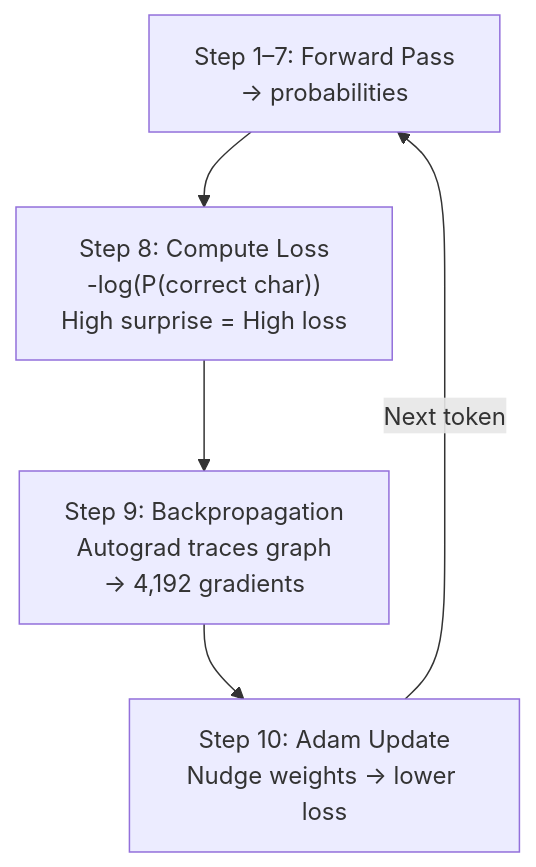
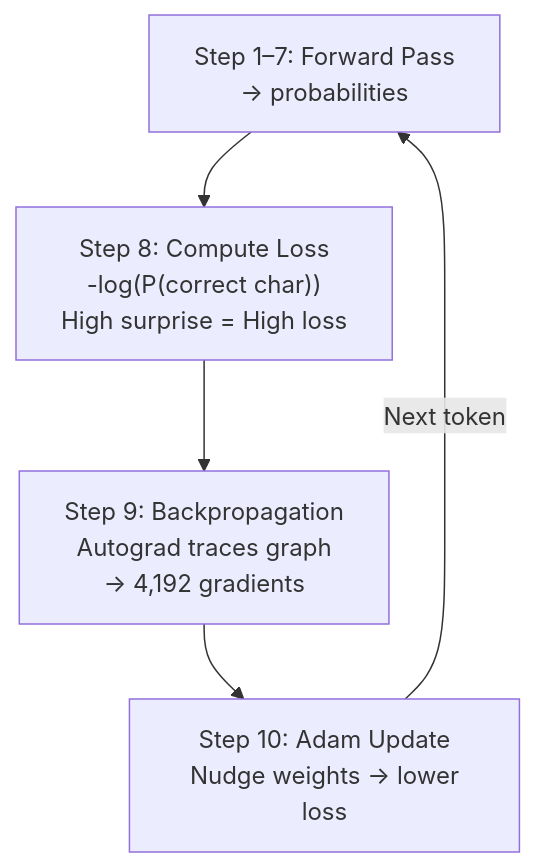
The ninth of 12 diagrams in AI-ML/microGPT-Architecture-Complete.md (rsrini7/Learnings), drawn with Mermaid before and after one commit. The commit also changed other lines of this file, not shown here.

First line of the commit message:
docs: update microGPT architecture documentation formatting and details

````diff
--- a/AI-ML/microGPT-Architecture-Complete.md
+++ b/AI-ML/microGPT-Architecture-Complete.md
@@ -289,7 +305,7 @@
 ```mermaid
 flowchart TD
-    A["Step 1–7: Forward Pass<br/>→ probabilities"] --> L["Step 8: Compute Loss<br/>-log(P(correct char))<br/>High surprise = High loss"]
-    L --> B["Step 9: Backpropagation<br/>Autograd traces graph<br/>→ 4,192 gradients"]
-    B --> O["Step 10: Adam Update<br/>Nudge weights → lower loss"]
+    A["Step 1–7: Forward Pass<br/> → probabilities"] --> L["Step 8: Compute Loss<br/> -log(P(correct char))<br/> High surprise = High loss"]
+    L --> B["Step 9: Backpropagation<br/> Autograd traces graph<br/> → 4,192 gradients"]
+    B --> O["Step 10: Adam Update<br/> Nudge weights → lower loss"]
     O -->|Next token| A
 ```
````
